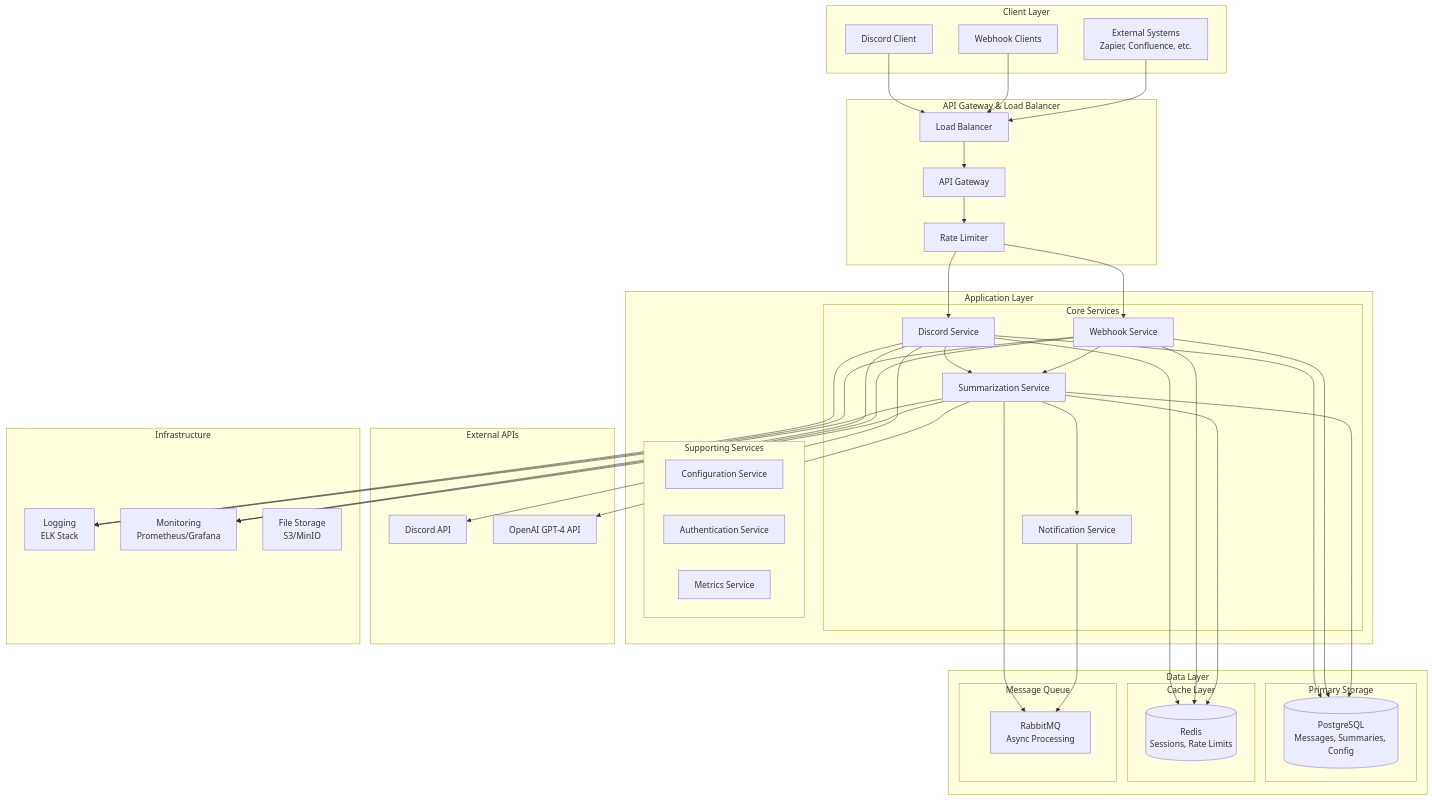
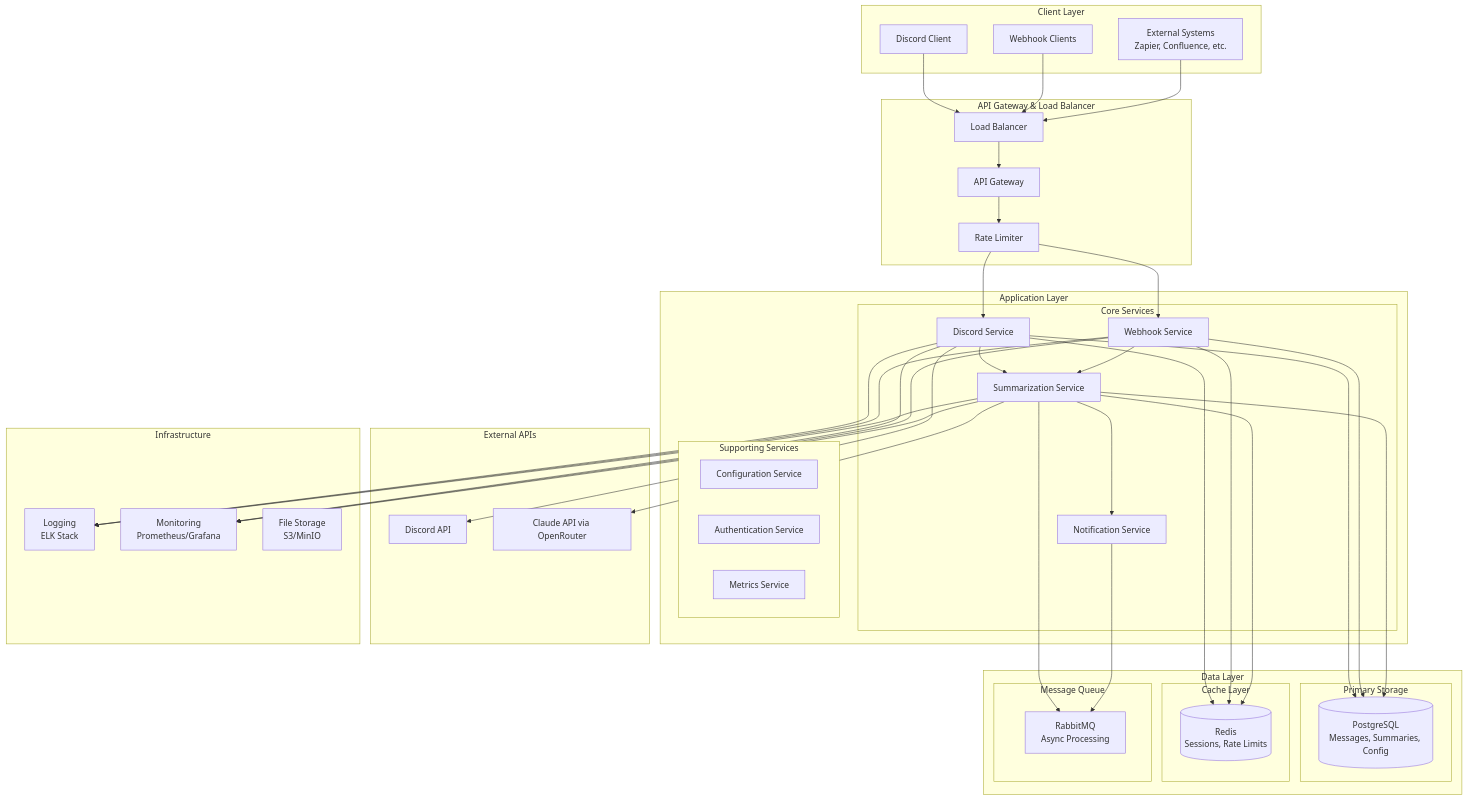
One commit to mrjcleaver/summarybot-ng changed the first of 3 diagrams in docs/system-architecture.md. Above: the diagram before and after it, drawn with Mermaid. The commit also changed other lines of this file and 5 other files, not shown here.

First line of the commit message:
docs: Update all references from OpenAI/GPT-4 to Claude/OpenRouter

```diff
--- a/docs/system-architecture.md
+++ b/docs/system-architecture.md
@@ -47,7 +47,7 @@
     
     subgraph "External APIs"
         DISCORD_API[Discord API]
-        OPENAI_API[OpenAI GPT-4 API]
+        CLAUDE_API[Claude API via OpenRouter]
     end
     
     subgraph "Infrastructure"
@@ -70,7 +70,7 @@
     SS --> NS
     
     DS --> DISCORD_API
-    SS --> OPENAI_API
+    SS --> CLAUDE_API
     
     DS --> PDB
     WS --> PDB
```
